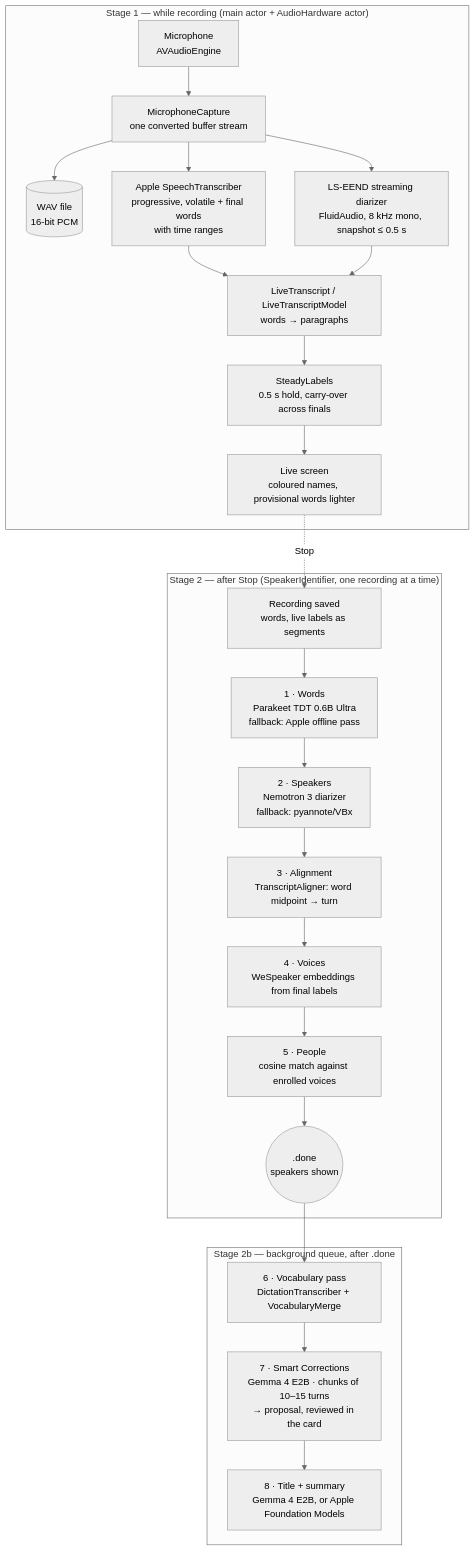
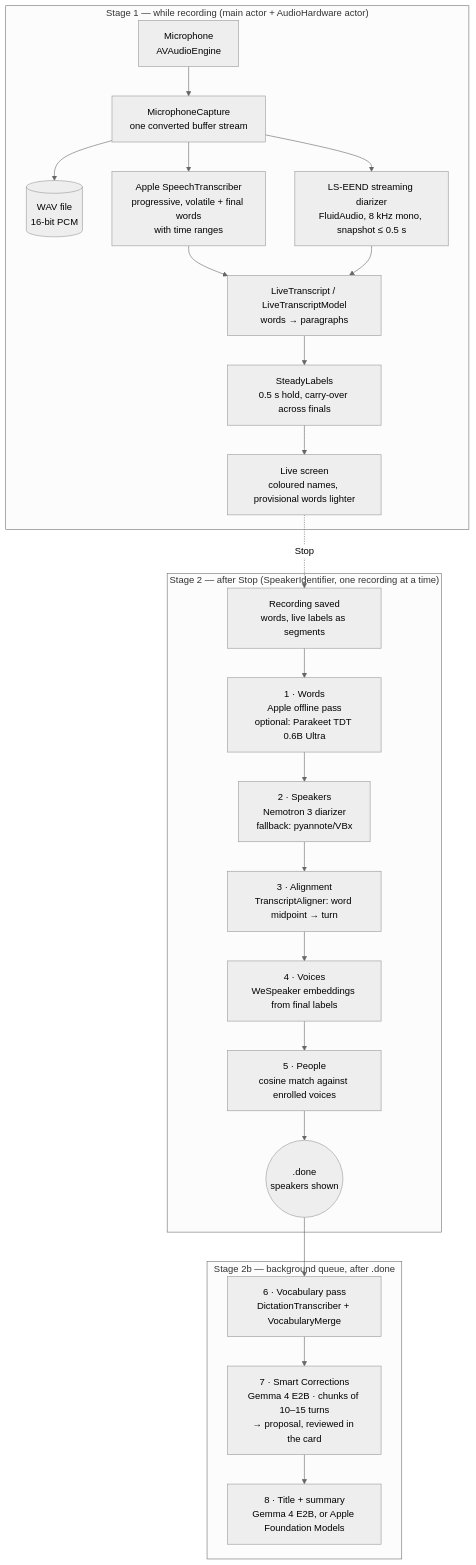
One commit to timtody/Feder changed the first of 5 diagrams in PIPELINE.md. Above: the diagram before and after it, drawn with Mermaid (neutral theme). The commit also changed other lines of this file and 6 other files, not shown here.

First line of the commit message:
Apple Speech by default after recording; Parakeet an optional download

````diff
--- a/PIPELINE.md
+++ b/PIPELINE.md
@@ -9,30 +9,30 @@
 ```mermaid
 flowchart TB
     subgraph LIVE["Stage 1 — while recording (main actor + AudioHardware actor)"]
         MIC[Microphone<br/>AVAudioEngine] --> CAP[MicrophoneCapture<br/>one converted buffer stream]
         CAP --> WAV[(WAV file<br/>16-bit PCM)]
         CAP --> ASR[Apple SpeechTranscriber<br/>progressive, volatile + final words<br/>with time ranges]
         CAP --> LSE[LS-EEND streaming diarizer<br/>FluidAudio, 8 kHz mono, snapshot ≤ 0.5 s]
         ASR --> LT[LiveTranscript / LiveTranscriptModel<br/>words → paragraphs]
         LSE --> LT
         LT --> SL[SteadyLabels<br/>0.5 s hold, carry-over across finals]
         SL --> UI1[Live screen<br/>coloured names, provisional words lighter]
     end
 
     UI1 -. Stop .-> SAVE[Recording saved<br/>words, live labels as segments]
 
     subgraph POST["Stage 2 — after Stop (SpeakerIdentifier, one recording at a time)"]
-        SAVE --> W[1 · Words<br/>Parakeet TDT 0.6B Ultra<br/>fallback: Apple offline pass]
+        SAVE --> W[1 · Words<br/>Apple offline pass<br/>optional: Parakeet TDT 0.6B Ultra]
         W --> D[2 · Speakers<br/>Nemotron 3 diarizer<br/>fallback: pyannote/VBx]
         D --> AL[3 · Alignment<br/>TranscriptAligner: word midpoint → turn]
         AL --> V[4 · Voices<br/>WeSpeaker embeddings from final labels]
         V --> P[5 · People<br/>cosine match against enrolled voices]
         P --> DONE((.done<br/>speakers shown))
     end
 
     subgraph BG["Stage 2b — background queue, after .done"]
         DONE --> VOC[6 · Vocabulary pass<br/>DictationTranscriber + VocabularyMerge]
         VOC --> COR[7 · Smart Corrections<br/>Gemma 4 E2B · chunks of 10–15 turns<br/>→ proposal, reviewed in the card]
         COR --> SUM[8 · Title + summary<br/>Gemma 4 E2B, or Apple Foundation Models]
     end
 ```
````
